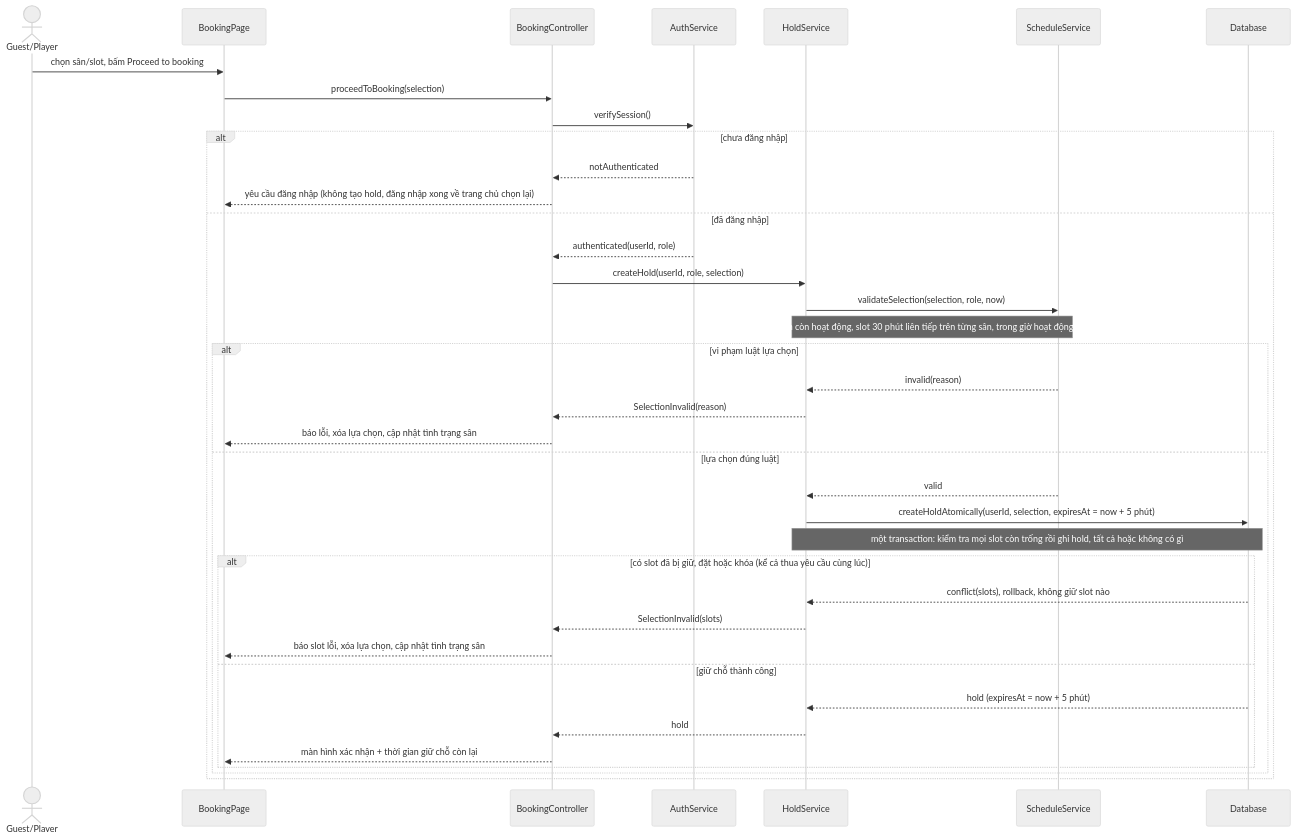
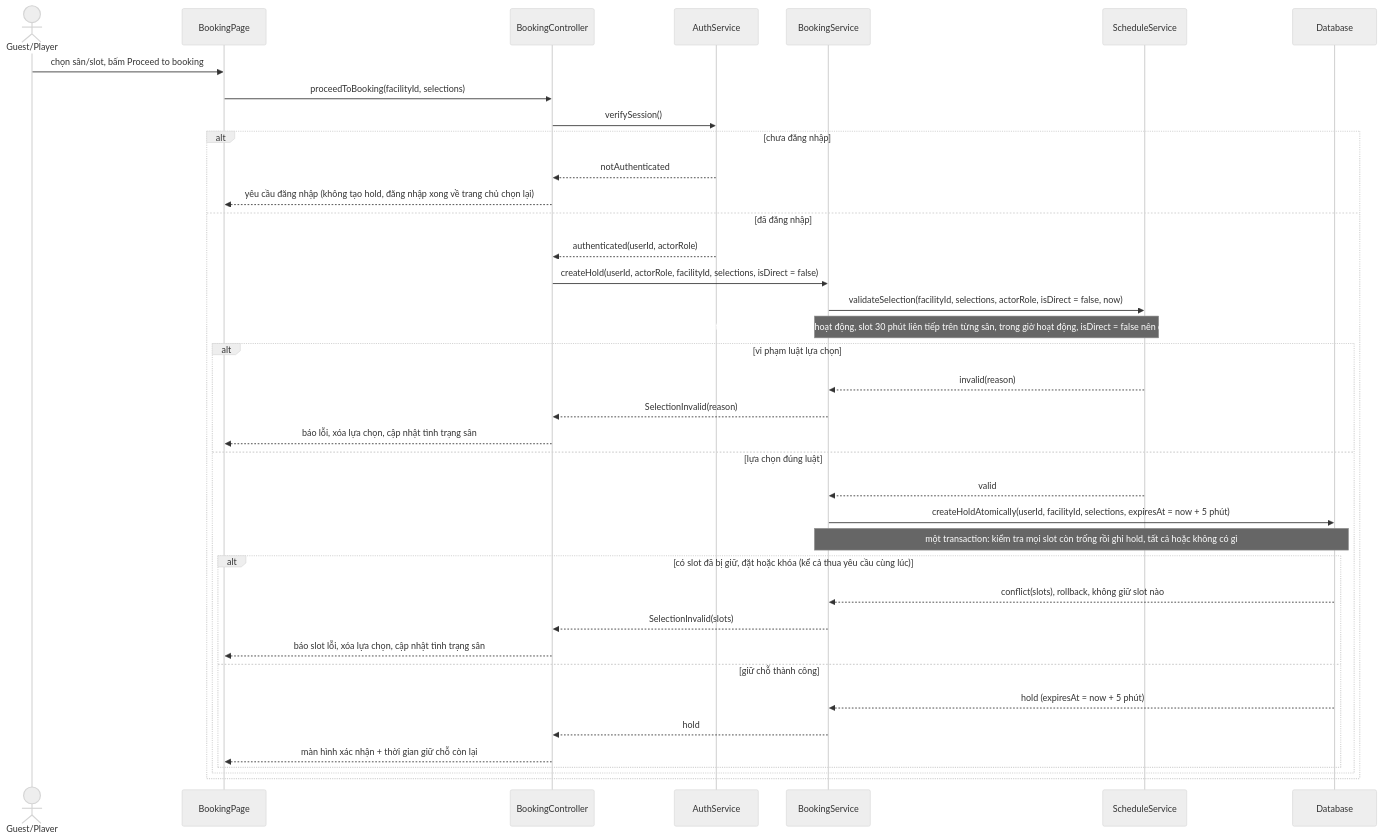
The first of 6 diagrams in docs/design/sequences/sequence-diagrams.md (buikhoa130406/se-project-t04), drawn with Mermaid (neutral theme) before and after one commit. The commit also changed other lines of this file and 2 other files, not shown here.

````diff
--- a/docs/design/sequences/sequence-diagrams.md
+++ b/docs/design/sequences/sequence-diagrams.md
@@ -29,44 +29,44 @@
 ```mermaid
 sequenceDiagram
     actor P as Guest/Player
     participant BookingPage
     participant BookingController
     participant AuthService
-    participant HoldService
+    participant BookingService
     participant ScheduleService
     participant Database
 
     P->>BookingPage: chọn sân/slot, bấm Proceed to booking
-    BookingPage->>BookingController: proceedToBooking(selection)
+    BookingPage->>BookingController: proceedToBooking(facilityId, selections)
     BookingController->>AuthService: verifySession()
 
     alt chưa đăng nhập
         AuthService-->>BookingController: notAuthenticated
         BookingController-->>BookingPage: yêu cầu đăng nhập (không tạo hold, đăng nhập xong về trang chủ chọn lại)
     else đã đăng nhập
-        AuthService-->>BookingController: authenticated(userId, role)
-        BookingController->>HoldService: createHold(userId, role, selection)
-        HoldService->>ScheduleService: validateSelection(selection, role, now)
-        Note over HoldService,ScheduleService: luật: cùng cơ sở, sân còn hoạt động, slot 30 phút liên tiếp trên từng sân, trong giờ hoạt động, đặt trước >= 2 slot
+        AuthService-->>BookingController: authenticated(userId, actorRole)
+        BookingController->>BookingService: createHold(userId, actorRole, facilityId, selections, isDirect = false)
+        BookingService->>ScheduleService: validateSelection(facilityId, selections, actorRole, isDirect = false, now)
+        Note over BookingService,ScheduleService: luật: cùng facilityId, sân còn hoạt động, slot 30 phút liên tiếp trên từng sân, trong giờ hoạt động, isDirect = false nên đặt trước >= 2 slot (60 phút)
 
         alt vi phạm luật lựa chọn
-            ScheduleService-->>HoldService: invalid(reason)
-            HoldService-->>BookingController: SelectionInvalid(reason)
+            ScheduleService-->>BookingService: invalid(reason)
+            BookingService-->>BookingController: SelectionInvalid(reason)
             BookingController-->>BookingPage: báo lỗi, xóa lựa chọn, cập nhật tình trạng sân
         else lựa chọn đúng luật
-            ScheduleService-->>HoldService: valid
-            HoldService->>Database: createHoldAtomically(userId, selection, expiresAt = now + 5 phút)
-            Note over HoldService,Database: một transaction: kiểm tra mọi slot còn trống rồi ghi hold, tất cả hoặc không có gì
+            ScheduleService-->>BookingService: valid
+            BookingService->>Database: createHoldAtomically(userId, facilityId, selections, expiresAt = now + 5 phút)
+            Note over BookingService,Database: một transaction: kiểm tra mọi slot còn trống rồi ghi hold, tất cả hoặc không có gì
 
             alt có slot đã bị giữ, đặt hoặc khóa (kể cả thua yêu cầu cùng lúc)
-                Database-->>HoldService: conflict(slots), rollback, không giữ slot nào
-                HoldService-->>BookingController: SelectionInvalid(slots)
+                Database-->>BookingService: conflict(slots), rollback, không giữ slot nào
+                BookingService-->>BookingController: SelectionInvalid(slots)
                 BookingController-->>BookingPage: báo slot lỗi, xóa lựa chọn, cập nhật tình trạng sân
             else giữ chỗ thành công
-                Database-->>HoldService: hold (expiresAt = now + 5 phút)
-                HoldService-->>BookingController: hold
+                Database-->>BookingService: hold (expiresAt = now + 5 phút)
+                BookingService-->>BookingController: hold
                 BookingController-->>BookingPage: màn hình xác nhận + thời gian giữ chỗ còn lại
             end
         end
     end
 ```
````
